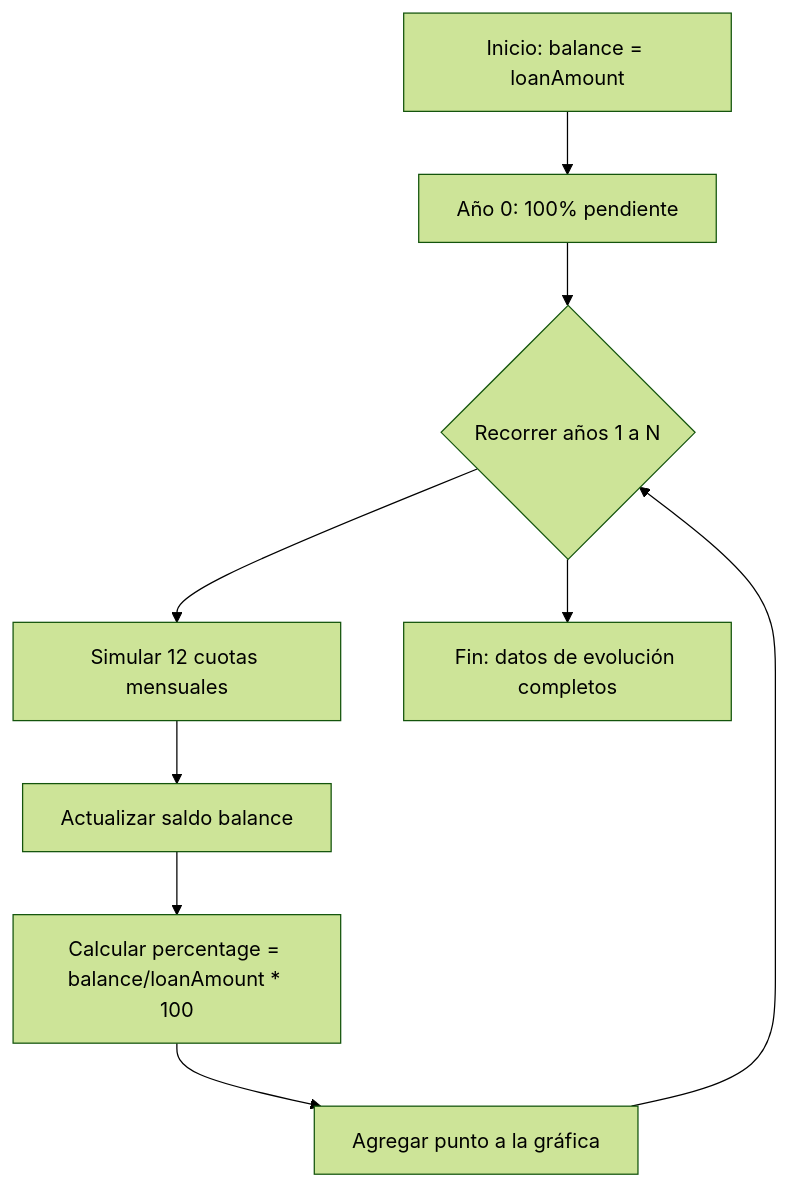
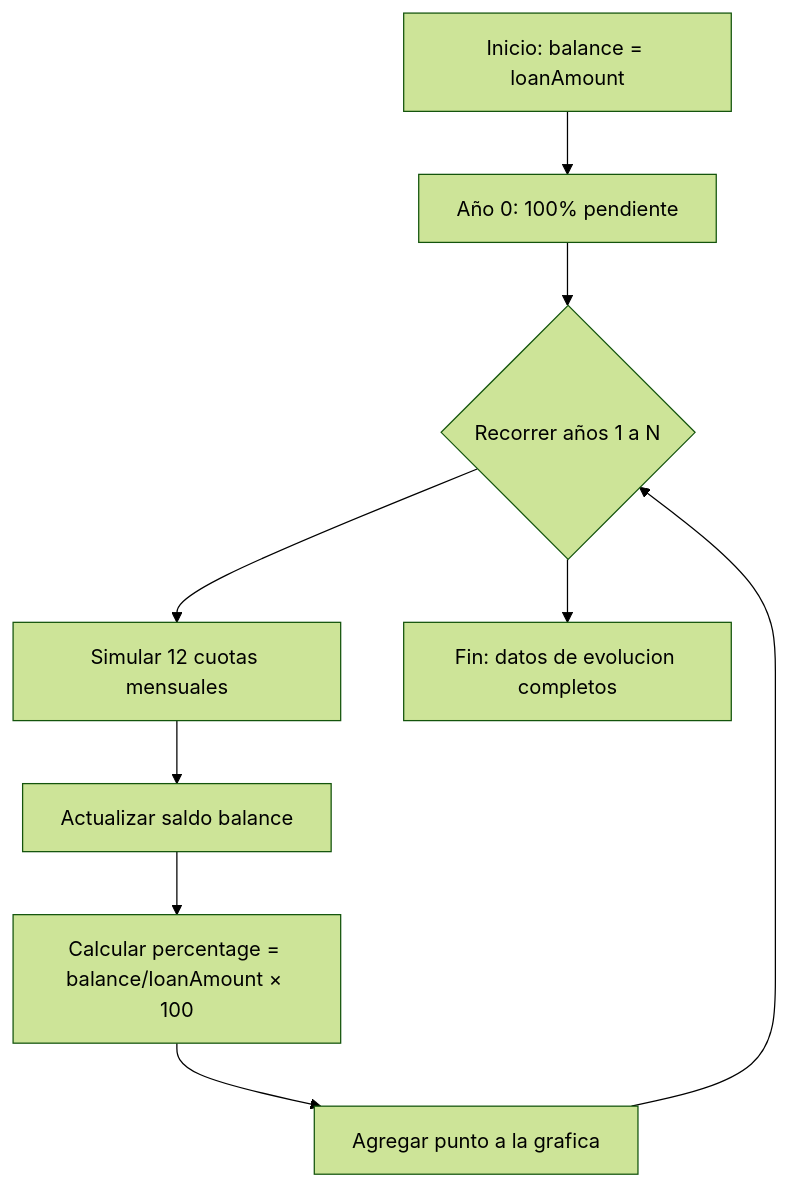
The ninth of 14 diagrams in formulas/README.md (santiagoblanco22/calculator_dayana), drawn with Mermaid (forest theme) before and after one commit. The commit also changed other lines of this file and 3 other files, not shown here.

````diff
--- a/formulas/README.md
+++ b/formulas/README.md
@@ -271,11 +271,11 @@
 ```mermaid
 flowchart TD
     A[Inicio: balance = loanAmount] --> B[Año 0: 100% pendiente]
     B --> C{Recorrer años 1 a N}
     C --> D[Simular 12 cuotas mensuales]
     D --> E[Actualizar saldo balance]
-    E --> F[Calcular percentage = balance/loanAmount * 100]
-    F --> G[Agregar punto a la gráfica]
+    E --> F["Calcular percentage = balance/loanAmount × 100"]
+    F --> G[Agregar punto a la grafica]
     G --> C
-    C --> H[Fin: datos de evolución completos]
+    C --> H[Fin: datos de evolucion completos]
 ```
````
